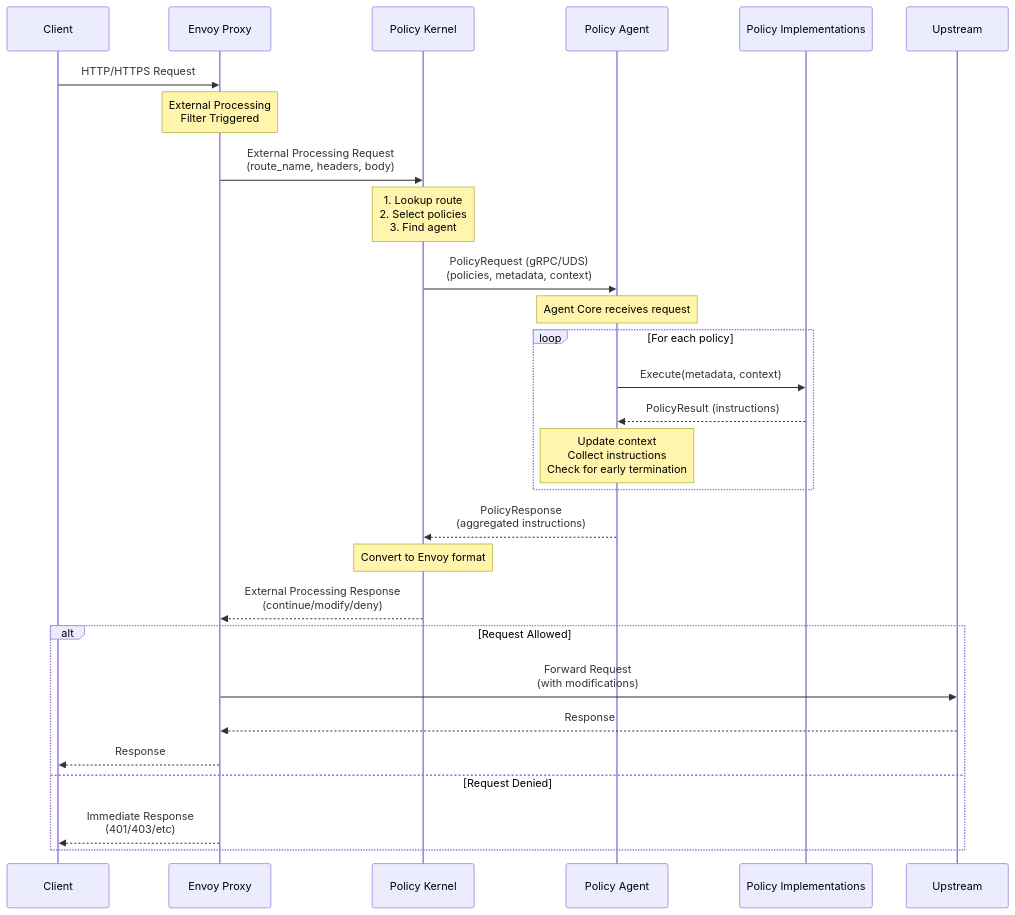
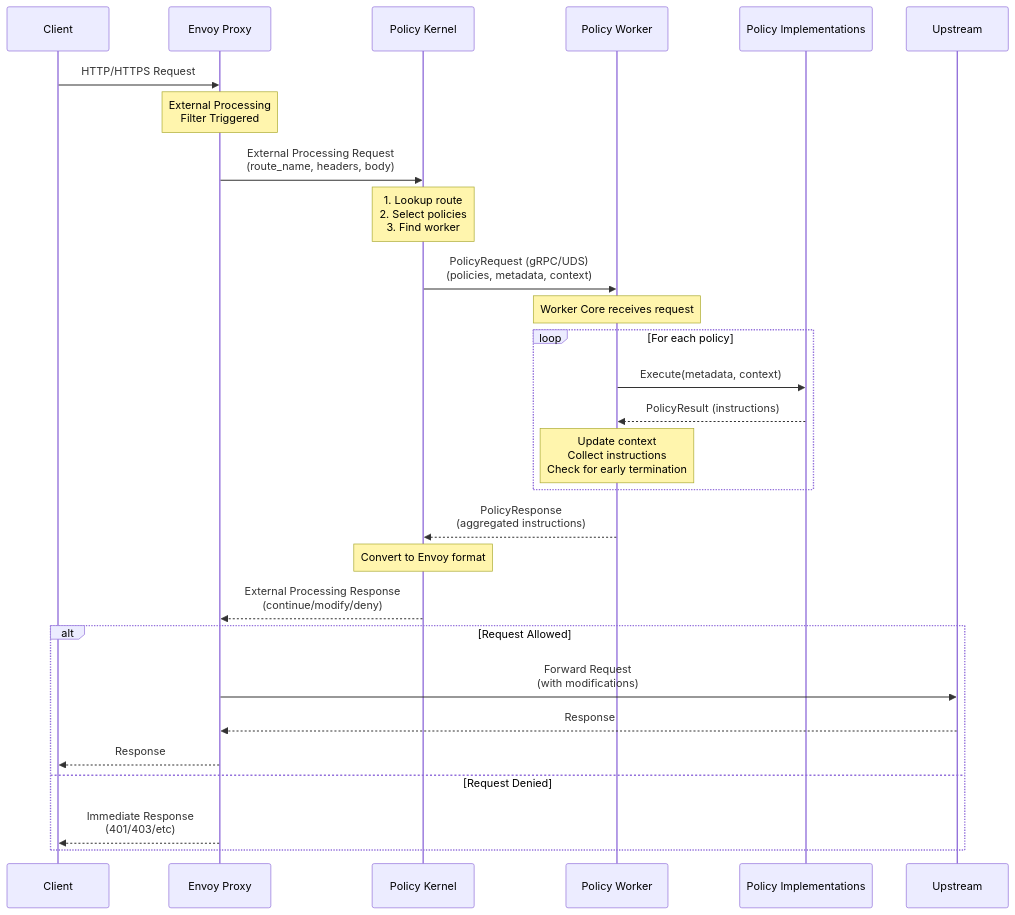
One commit to renuka-fernando/envoy-policy-engine changed the third of 4 diagrams in Spec.md. Above: the diagram before and after it, drawn with Mermaid. The commit also changed other lines of this file and 5 other files, not shown here.

Commit message:
Rename agent to worker

````diff
--- a/Spec.md
+++ b/Spec.md
@@ -127,41 +162,41 @@
 ```mermaid
 sequenceDiagram
     participant Client
     participant Envoy as Envoy Proxy
     participant Kernel as Policy Kernel
-    participant Agent as Policy Agent
+    participant Worker as Policy Worker
     participant Policies as Policy Implementations
     participant Upstream
 
     Client->>Envoy: HTTP/HTTPS Request
 
     Note over Envoy: External Processing<br/>Filter Triggered
 
     Envoy->>Kernel: External Processing Request<br/>(route_name, headers, body)
 
-    Note over Kernel: 1. Lookup route<br/>2. Select policies<br/>3. Find agent
+    Note over Kernel: 1. Lookup route<br/>2. Select policies<br/>3. Find worker
 
-    Kernel->>Agent: PolicyRequest (gRPC/UDS)<br/>(policies, metadata, context)
+    Kernel->>Worker: PolicyRequest (gRPC/UDS)<br/>(policies, metadata, context)
 
-    Note over Agent: Agent Core receives request
+    Note over Worker: Worker Core receives request
 
     loop For each policy
-        Agent->>Policies: Execute(metadata, context)
-        Policies-->>Agent: PolicyResult (instructions)
-        Note over Agent: Update context<br/>Collect instructions<br/>Check for early termination
+        Worker->>Policies: Execute(metadata, context)
+        Policies-->>Worker: PolicyResult (instructions)
+        Note over Worker: Update context<br/>Collect instructions<br/>Check for early termination
     end
 
-    Agent-->>Kernel: PolicyResponse<br/>(aggregated instructions)
+    Worker-->>Kernel: PolicyResponse<br/>(aggregated instructions)
 
     Note over Kernel: Convert to Envoy format
 
     Kernel-->>Envoy: External Processing Response<br/>(continue/modify/deny)
 
     alt Request Allowed
         Envoy->>Upstream: Forward Request<br/>(with modifications)
         Upstream-->>Envoy: Response
         Envoy-->>Client: Response
     else Request Denied
         Envoy-->>Client: Immediate Response<br/>(401/403/etc)
     end
 ```
````
